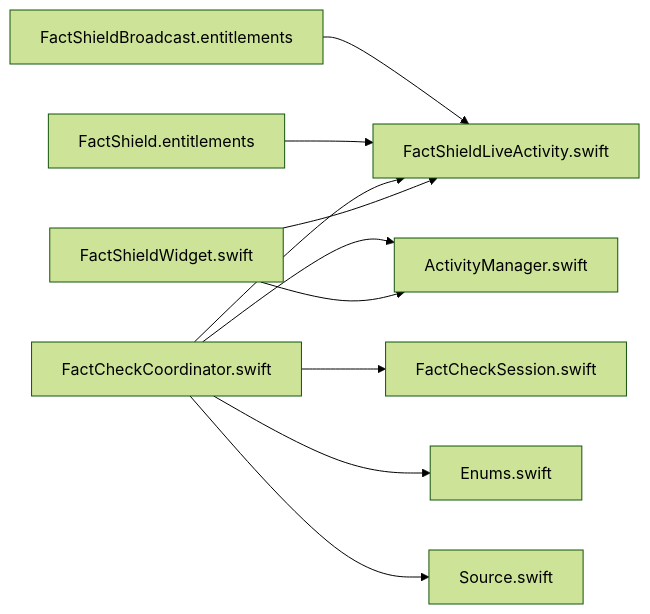
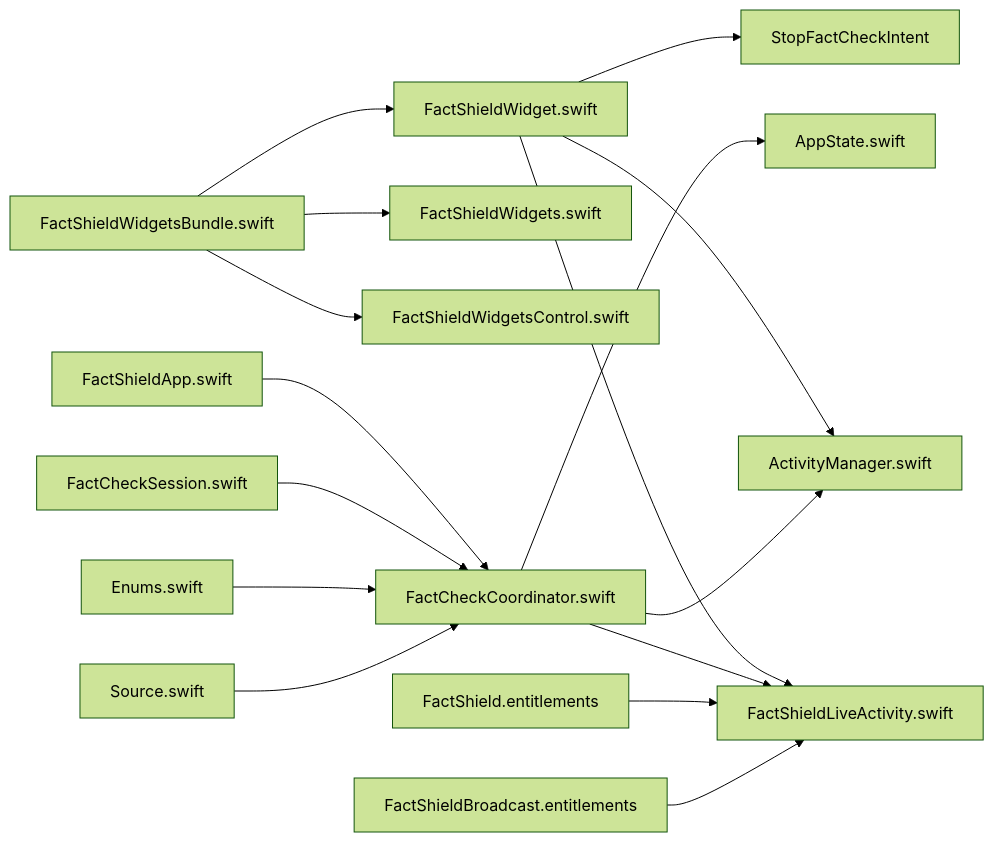
Before and after one commit to alexandreybasta-cyber/factshield-ios: the fourth of 4 diagrams in .qoder/repowiki/en/content/Live Activity Integration/Widget Development.md, drawn with Mermaid (forest theme). The commit also changed other lines of this file and 97 other files, not shown here.

````diff
--- a/.qoder/repowiki/en/content/Live Activity Integration/Widget Development.md
+++ b/.qoder/repowiki/en/content/Live Activity Integration/Widget Development.md
@@ -396,12 +487,18 @@
 ```mermaid
 graph LR
-Widget["FactShieldWidget.swift"] --> Attrs["FactShieldLiveActivity.swift"]
-Widget --> Manager["ActivityManager.swift"]
-Coordinator["FactCheckCoordinator.swift"] --> Manager
-Coordinator --> Attrs
-Coordinator --> Models["FactCheckSession.swift"]
-Coordinator --> Enums["Enums.swift"]
-Coordinator --> Source["Source.swift"]
-Ent["FactShield.entitlements"] --> Attrs
-BE["FactShieldBroadcast.entitlements"] --> Attrs
+FW["FactShieldWidget.swift"] --> FLA["FactShieldLiveActivity.swift"]
+FW --> AM["ActivityManager.swift"]
+FW --> SFI["StopFactCheckIntent"]
+WSB["FactShieldWidgetsBundle.swift"] --> FW
+WSB --> WS["FactShieldWidgets.swift"]
+WSB --> WSC["FactShieldWidgetsControl.swift"]
+FC["FactCheckCoordinator.swift"] --> AM
+FC --> FLA
+FC --> AS["AppState.swift"]
+FA["FactShieldApp.swift"] --> FC
+FCS["FactCheckSession.swift"] --> FC
+ENS["Enums.swift"] --> FC
+SRC["Source.swift"] --> FC
+ENT["FactShield.entitlements"] --> FLA
+BE["FactShieldBroadcast.entitlements"] --> FLA
 ```
````
